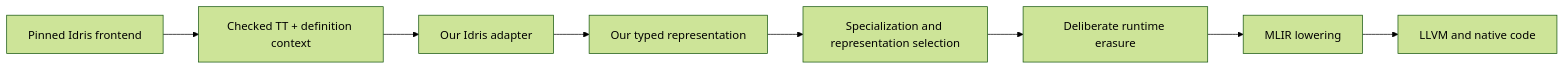
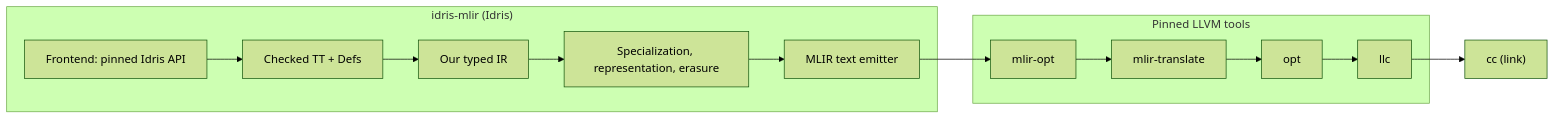
The diagram in docs/architecture.md (bjornpagen/idris-mlir), drawn with Mermaid (forest theme) before and after one commit. The commit also changed other lines of this file and 3 other files, not shown here.

````diff
--- a/docs/architecture.md
+++ b/docs/architecture.md
@@ -3,10 +3,14 @@
 ```mermaid
 flowchart LR
-  Idris["Pinned Idris frontend"] --> TT["Checked TT + definition context"]
-  TT --> Adapter["Our Idris adapter"]
-  Adapter --> Typed["Our typed representation"]
-  Typed --> Optimize["Specialization and representation selection"]
-  Optimize --> Erase["Deliberate runtime erasure"]
-  Erase --> MLIR["MLIR lowering"]
-  MLIR --> LLVM["LLVM and native code"]
+  subgraph Idris["idris-mlir (Idris)"]
+    Frontend["Frontend: pinned Idris API"] --> TT["Checked TT + Defs"]
+    TT --> IR["Our typed IR"]
+    IR --> Passes["Specialization, representation, erasure"]
+    Passes --> Emit["MLIR text emitter"]
+  end
+  subgraph Tools["Pinned LLVM tools"]
+    Opt["mlir-opt"] --> Translate["mlir-translate"] --> LLVMOpt["opt"] --> Llc["llc"]
+  end
+  Emit --> Opt
+  Llc --> Link["cc (link)"]
 ```
````
